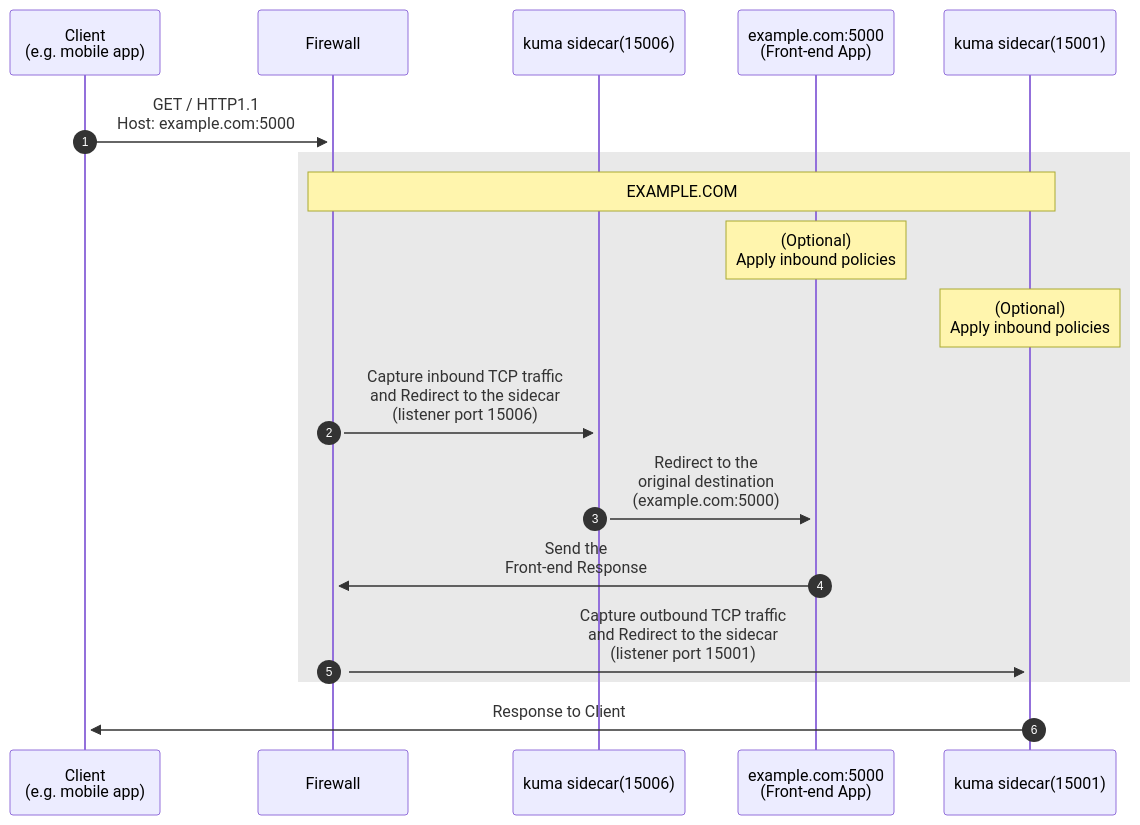
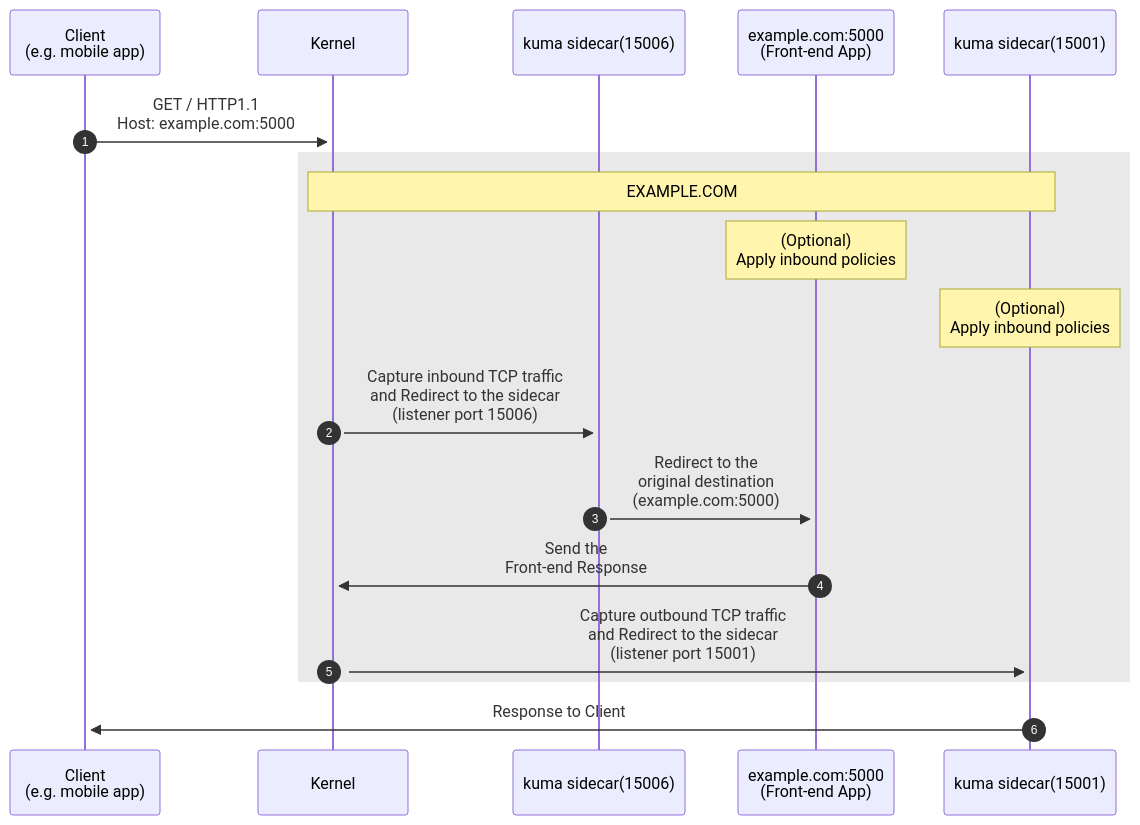
The diagram in app/_src/networking/transparent-proxying.md (kumahq/kuma-website), drawn with Mermaid before and after one commit.

Commit message:
Refactor: Rename FIREWALL component to KERNEL
This commit renames the FIREWALL component to KERNEL to align with proper terminology.

```diff
--- a/app/_src/networking/transparent-proxying.md
+++ b/app/_src/networking/transparent-proxying.md
@@ -12,22 +12,22 @@
 {% mermaid %}
  sequenceDiagram
  autonumber
      participant Browser as Client<br>(e.g. mobile app)
-     participant Firewall as Firewall
+     participant Kernel as Kernel
      participant ServiceMeshIn as kuma sidecar(15006)
      participant Node as example.com:5000<br>(Front-end App)
      participant ServiceMeshOut as kuma sidecar(15001)
-     Browser->>+Firewall: GET / HTTP1.1<br>Host: example.com:5000
+     Browser->>+Kernel: GET / HTTP1.1<br>Host: example.com:5000
  
      rect rgb(233,233,233)
-     Note over Firewall,ServiceMeshOut: EXAMPLE.COM
+     Note over Kernel,ServiceMeshOut: EXAMPLE.COM
      Note over Node: (Optional)<br> Apply inbound policies
      Note over ServiceMeshOut: (Optional)<br> Apply inbound policies
-     Firewall->>+ServiceMeshIn: Capture inbound TCP traffic<br>and Redirect to the sidecar<br> (listener port 15006)
+     Kernel->>+ServiceMeshIn: Capture inbound TCP traffic<br>and Redirect to the sidecar<br> (listener port 15006)
      ServiceMeshIn->>+Node: Redirect to the<br>original destination <br>(example.com:5000)
-         Node->>+Firewall: Send the <br>Front-end Response
-     Firewall->>+ServiceMeshOut: Capture outbound TCP traffic<br>and Redirect to the sidecar<br> (listener port 15001)
+         Node->>+Kernel: Send the <br>Front-end Response
+     Kernel->>+ServiceMeshOut: Capture outbound TCP traffic<br>and Redirect to the sidecar<br> (listener port 15001)
      end
      ServiceMeshOut->>+Browser: Response to Client
      %% Note over Browser,ServiceMeshOut: Traffic Flow Sequence
 {% endmermaid %}
```
